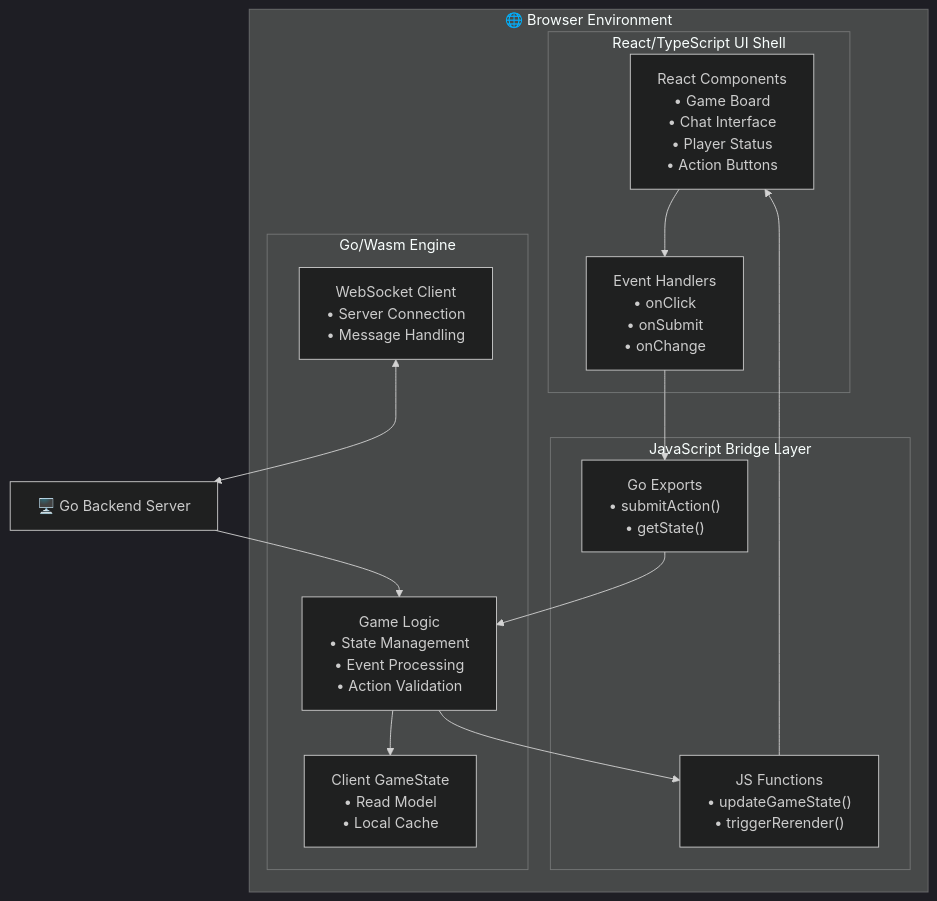
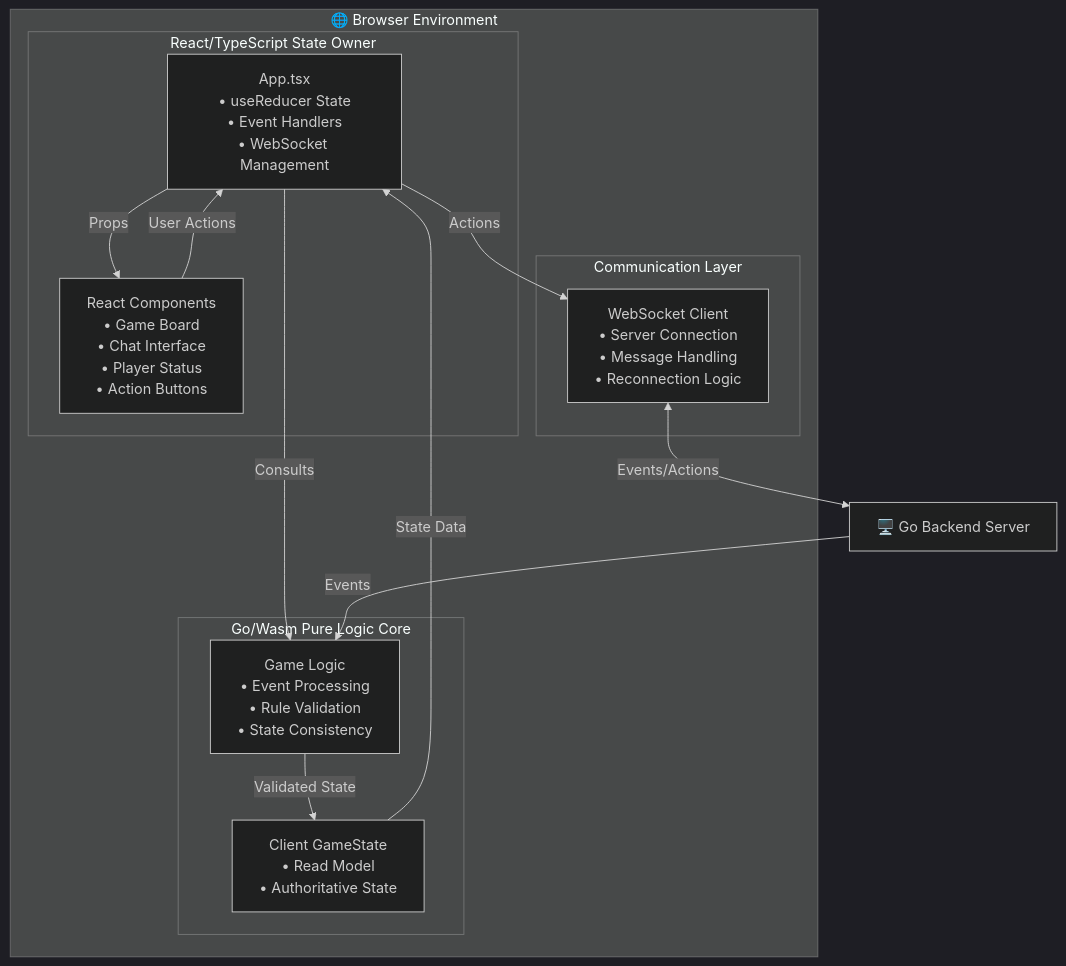
The diagram in docs/02-onboarding-for-engineers.md (xjhc/alignment), drawn with Mermaid (dark theme) before and after one commit. The commit also changed other lines of this file and 35 other files, not shown here.

````diff
--- a/docs/02-onboarding-for-engineers.md
+++ b/docs/02-onboarding-for-engineers.md
@@ -55,36 +55,34 @@
 ```mermaid
 graph TD
     subgraph Browser["🌐 Browser Environment"]
-        subgraph ReactApp["React/TypeScript UI Shell"]
+        subgraph ReactApp["React/TypeScript State Owner"]
+            AppState["App.tsx<br/>• useReducer State<br/>• Event Handlers<br/>• WebSocket Management"]
             Components["React Components<br/>• Game Board<br/>• Chat Interface<br/>• Player Status<br/>• Action Buttons"]
-            EventHandlers["Event Handlers<br/>• onClick<br/>• onSubmit<br/>• onChange"]
         end
 
-        subgraph Bridge["JavaScript Bridge Layer"]
-            JSFunctions["JS Functions<br/>• updateGameState()<br/>• triggerRerender()"]
-            GoExports["Go Exports<br/>• submitAction()<br/>• getState()"]
+        subgraph WasmCore["Go/Wasm Pure Logic Core"]
+            GameLogic["Game Logic<br/>• Event Processing<br/>• Rule Validation<br/>• State Consistency"]
+            ClientState["Client GameState<br/>• Read Model<br/>• Authoritative State"]
         end
 
-        subgraph WasmEngine["Go/Wasm Engine"]
-            GameLogic["Game Logic<br/>• State Management<br/>• Event Processing<br/>• Action Validation"]
-            WebSocket["WebSocket Client<br/>• Server Connection<br/>• Message Handling"]
-            ClientState["Client GameState<br/>• Read Model<br/>• Local Cache"]
+        subgraph CommsLayer["Communication Layer"]
+            WebSocket["WebSocket Client<br/>• Server Connection<br/>• Message Handling<br/>• Reconnection Logic"]
         end
     end
 
     Server["🖥️ Go Backend Server"]
 
     %% User interaction flow
-    Components --> EventHandlers
-    EventHandlers --> GoExports
-    GoExports --> GameLogic
+    Components -->|User Actions| AppState
+    AppState -->|Actions| WebSocket
 
-    %% State update flow
-    GameLogic --> JSFunctions
-    JSFunctions --> Components
+    %% State consultation flow
+    AppState -->|Consults| GameLogic
+    GameLogic -->|Validated State| ClientState
+    ClientState -->|State Data| AppState
+    AppState -->|Props| Components
 
     %% Server communication
-    WebSocket <--> Server
-    Server --> GameLogic
-    GameLogic --> ClientState
+    WebSocket <-->|Events/Actions| Server
+    Server -->|Events| GameLogic
 ```
````
